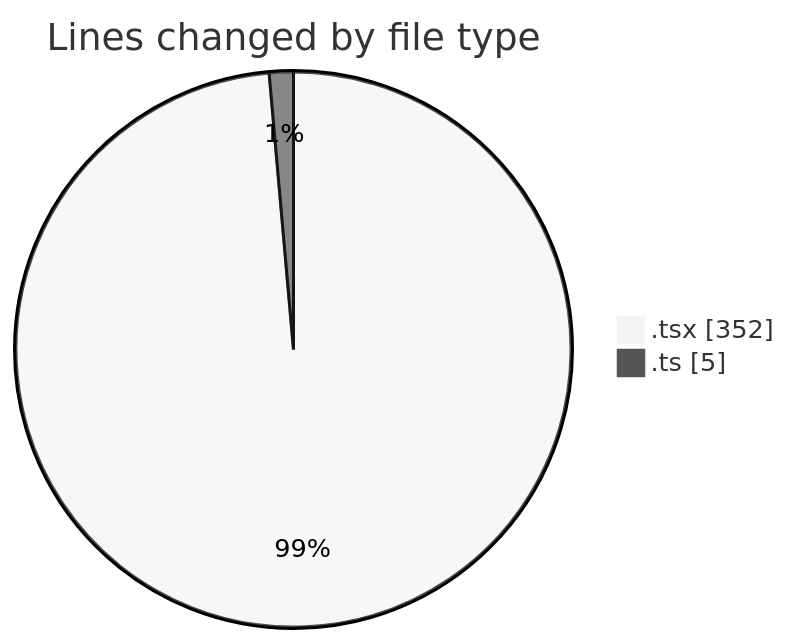
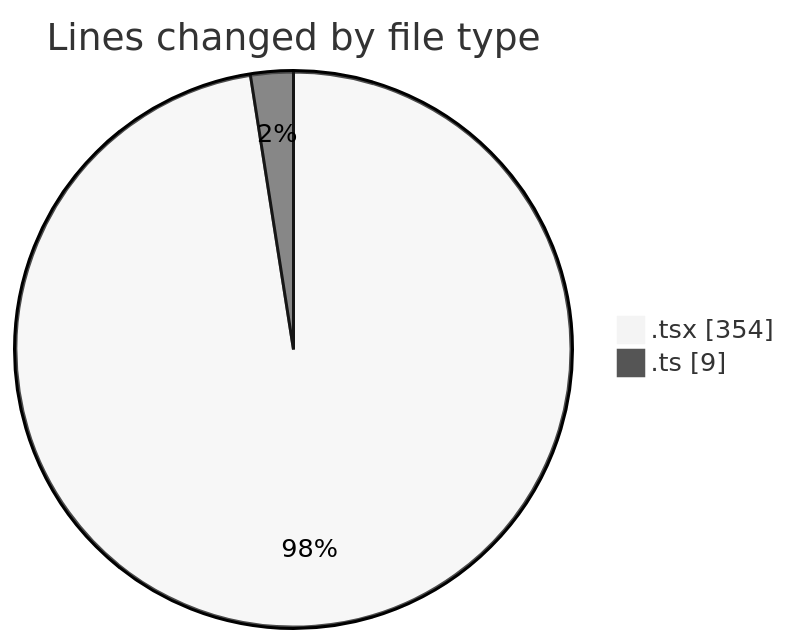
One commit to robertbonfada/code-tracking changed the first of 2 diagrams in 2025-02-19/mbc-web/README.md. Above: the diagram before and after it, drawn with Mermaid (neutral theme). The commit also changed other lines of this file and 1 other file, not shown here.

````diff
--- a/2025-02-19/mbc-web/README.md
+++ b/2025-02-19/mbc-web/README.md
@@ -25,6 +26,6 @@
 ```mermaid
 pie showData
 title Lines changed by file type
-".tsx" : 352
-".ts" : 5
+".tsx" : 354
+".ts" : 9
 ```
````
